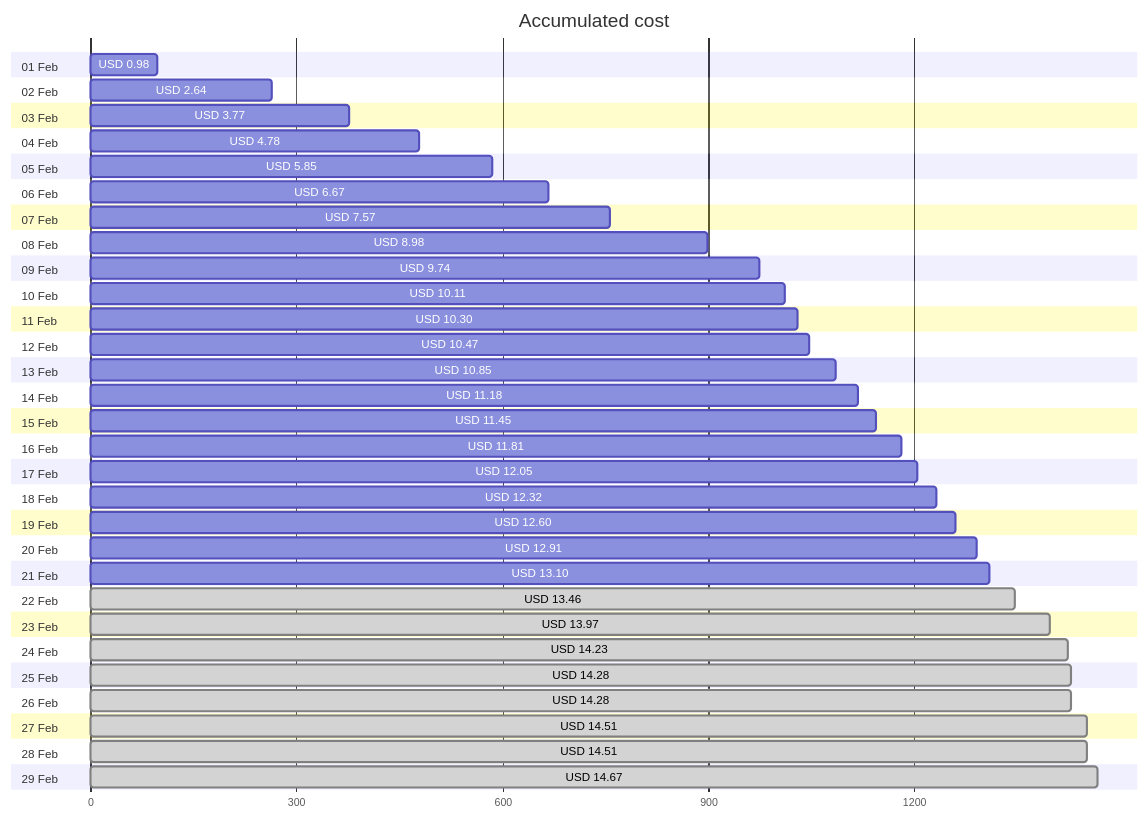
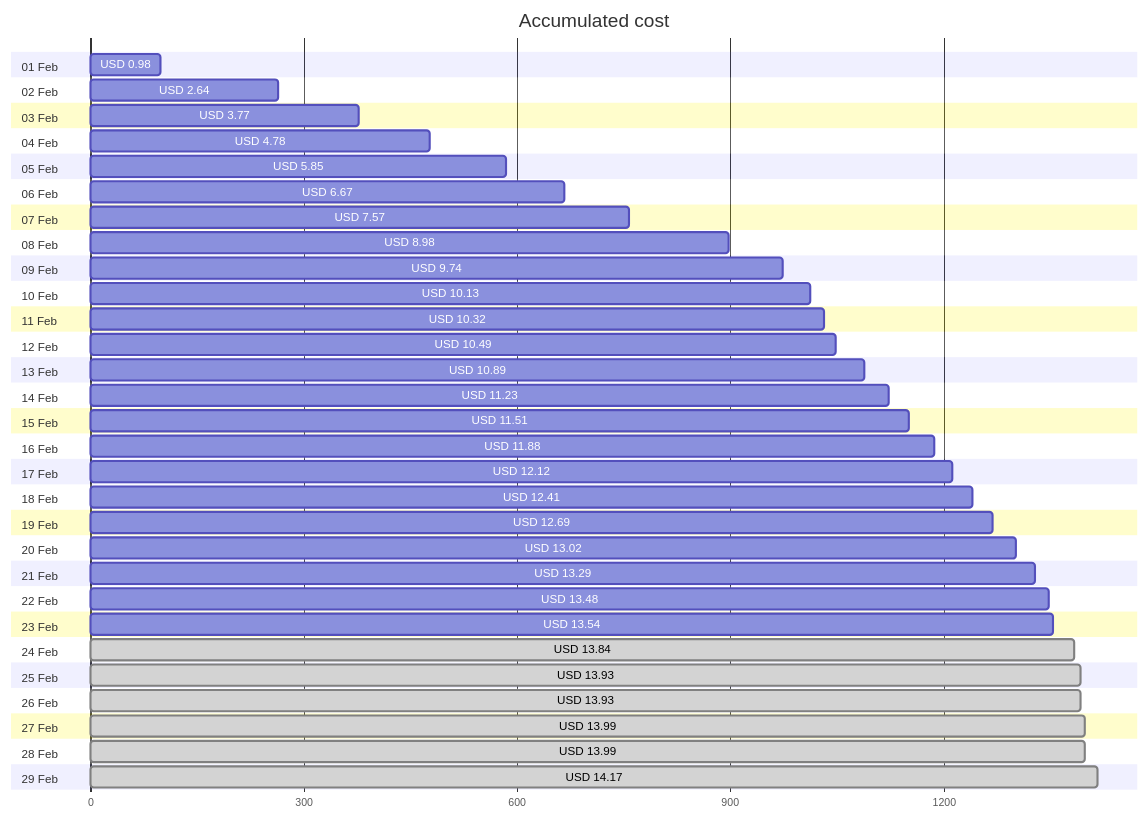
The first of 4 diagrams in cost-reports/personal-network/vpn-server.md (jpfulton/azure-personal-reports), drawn with Mermaid before and after one commit. The commit also changed other lines of this file and 8 other files, not shown here.

````diff
--- a/cost-reports/personal-network/vpn-server.md
+++ b/cost-reports/personal-network/vpn-server.md
@@ -20,64 +20,64 @@
 ```mermaid
 gantt
    title Accumulated cost
    dateFormat  X
    axisFormat %s
    section 01 Feb
    USD 0.98 :0, 98
    section 02 Feb
    USD 2.64 :0, 264
    section 03 Feb
    USD 3.77 :0, 377
    section 04 Feb
    USD 4.78 :0, 478
    section 05 Feb
    USD 5.85 :0, 585
    section 06 Feb
    USD 6.67 :0, 667
    section 07 Feb
    USD 7.57 :0, 757
    section 08 Feb
    USD 8.98 :0, 898
    section 09 Feb
    USD 9.74 :0, 974
    section 10 Feb
-   USD 10.11 :0, 1011
+   USD 10.13 :0, 1013
    section 11 Feb
-   USD 10.30 :0, 1030
+   USD 10.32 :0, 1032
    section 12 Feb
-   USD 10.47 :0, 1047
+   USD 10.49 :0, 1049
    section 13 Feb
-   USD 10.85 :0, 1085
+   USD 10.89 :0, 1089
    section 14 Feb
-   USD 11.18 :0, 1118
+   USD 11.23 :0, 1123
    section 15 Feb
-   USD 11.45 :0, 1145
+   USD 11.51 :0, 1151
    section 16 Feb
-   USD 11.81 :0, 1181
+   USD 11.88 :0, 1188
    section 17 Feb
-   USD 12.05 :0, 1205
+   USD 12.12 :0, 1212
    section 18 Feb
-   USD 12.32 :0, 1232
+   USD 12.41 :0, 1241
    section 19 Feb
-   USD 12.60 :0, 1260
+   USD 12.69 :0, 1269
    section 20 Feb
-   USD 12.91 :0, 1291
+   USD 13.02 :0, 1302
    section 21 Feb
-   USD 13.10 :0, 1310
+   USD 13.29 :0, 1329
    section 22 Feb
-   USD 13.46 : done, 0, 1346
+   USD 13.48 :0, 1348
    section 23 Feb
-   USD 13.97 : done, 0, 1397
+   USD 13.54 :0, 1354
    section 24 Feb
-   USD 14.23 : done, 0, 1423
+   USD 13.84 : done, 0, 1384
    section 25 Feb
-   USD 14.28 : done, 0, 1428
+   USD 13.93 : done, 0, 1393
    section 26 Feb
-   USD 14.28 : done, 0, 1428
+   USD 13.93 : done, 0, 1393
    section 27 Feb
-   USD 14.51 : done, 0, 1451
+   USD 13.99 : done, 0, 1399
    section 28 Feb
-   USD 14.51 : done, 0, 1451
+   USD 13.99 : done, 0, 1399
    section 29 Feb
-   USD 14.67 : done, 0, 1467
+   USD 14.17 : done, 0, 1417
 ```
````
